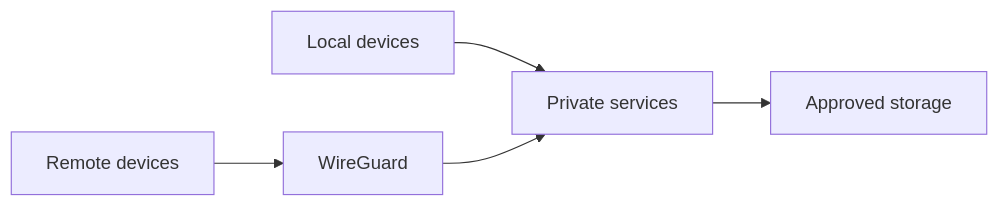
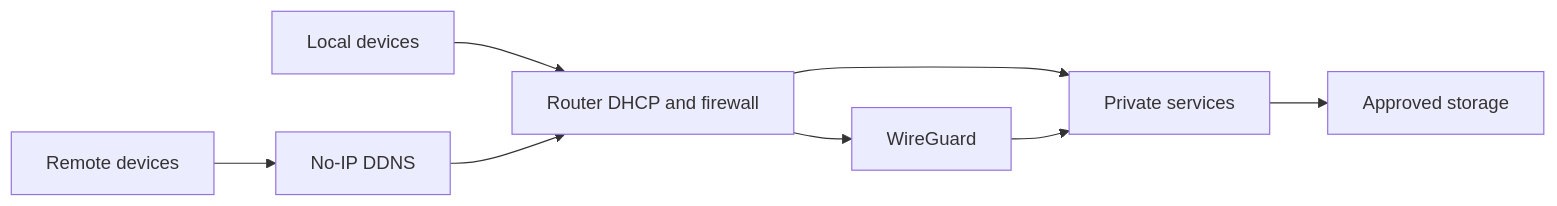
The diagram in docs/ARCHITECTURE.md (Chi-K24/raspberry-pi-home-cloud), drawn with Mermaid before and after one commit. The commit also changed other lines of this file and 14 other files, not shown here.

Commit message:
Document DDNS, VPN and resilience layers

````diff
--- a/docs/ARCHITECTURE.md
+++ b/docs/ARCHITECTURE.md
@@ -60,13 +63,18 @@
 ```mermaid
 flowchart LR
     Local["Local devices"]
     Remote["Remote devices"]
+    Router["Router DHCP and firewall"]
+    DDNS["No-IP DDNS"]
     VPN["WireGuard"]
     Services["Private services"]
     Storage["Approved storage"]
 
-    Local --> Services
-    Remote --> VPN
+    Local --> Router
+    Router --> Services
+    Remote --> DDNS
+    DDNS --> Router
+    Router --> VPN
     VPN --> Services
     Services --> Storage
 ```
````
